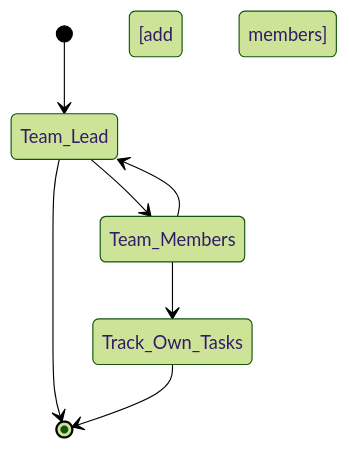
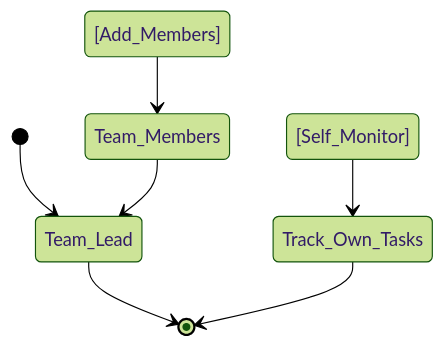
Before and after one commit to ChoonKeeGohJQ/EGL314-TeamA-ProjectSpace: the diagram in README.md, drawn with Mermaid (forest theme).

````diff
--- a/README.md
+++ b/README.md
@@ -3,10 +3,10 @@
 ```mermaid
 stateDiagram
-    [*] --> Team_Lead [add members]
+    [*] --> Team_Lead
     Team_Lead --> [*]
 
-    Team_Lead --> Team_Members
+    Team_Lead [Add_Members] --> Team_Members
     Team_Members --> Team_Lead
-    Team_Members --> Track_Own_Tasks
+    Team_Members [Self_Monitor] --> Track_Own_Tasks
     Track_Own_Tasks --> [*]
 ```
````
